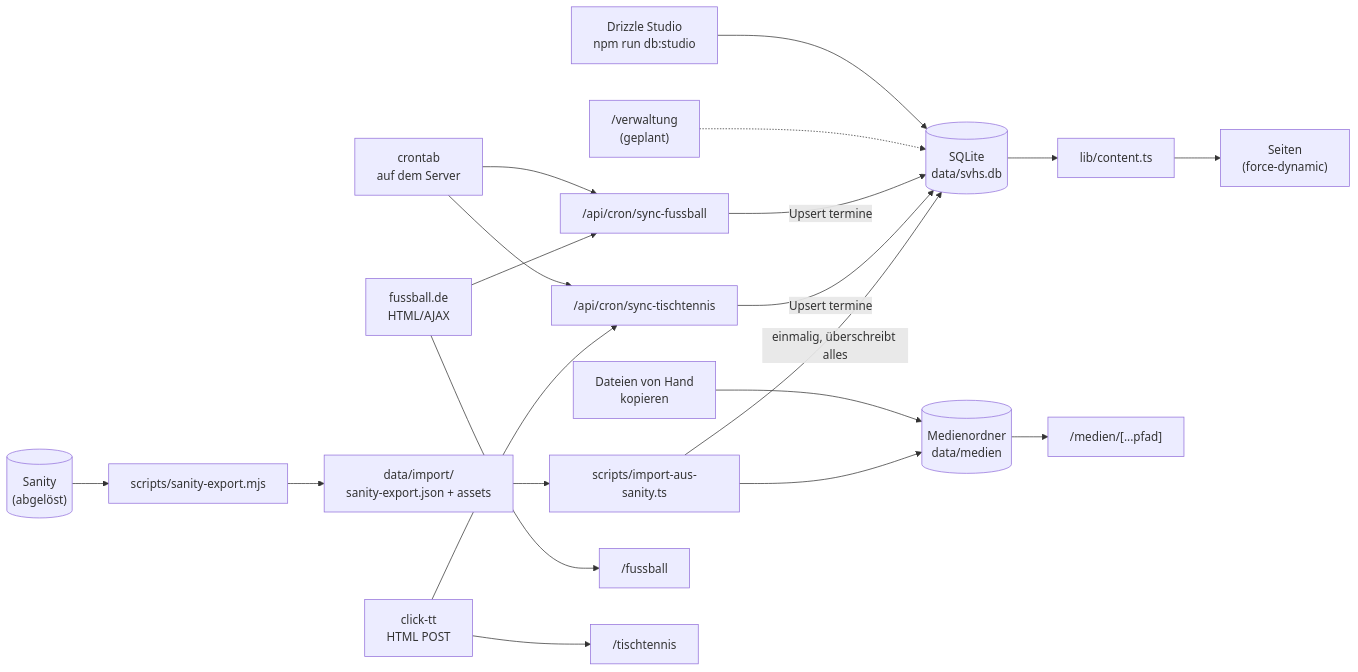
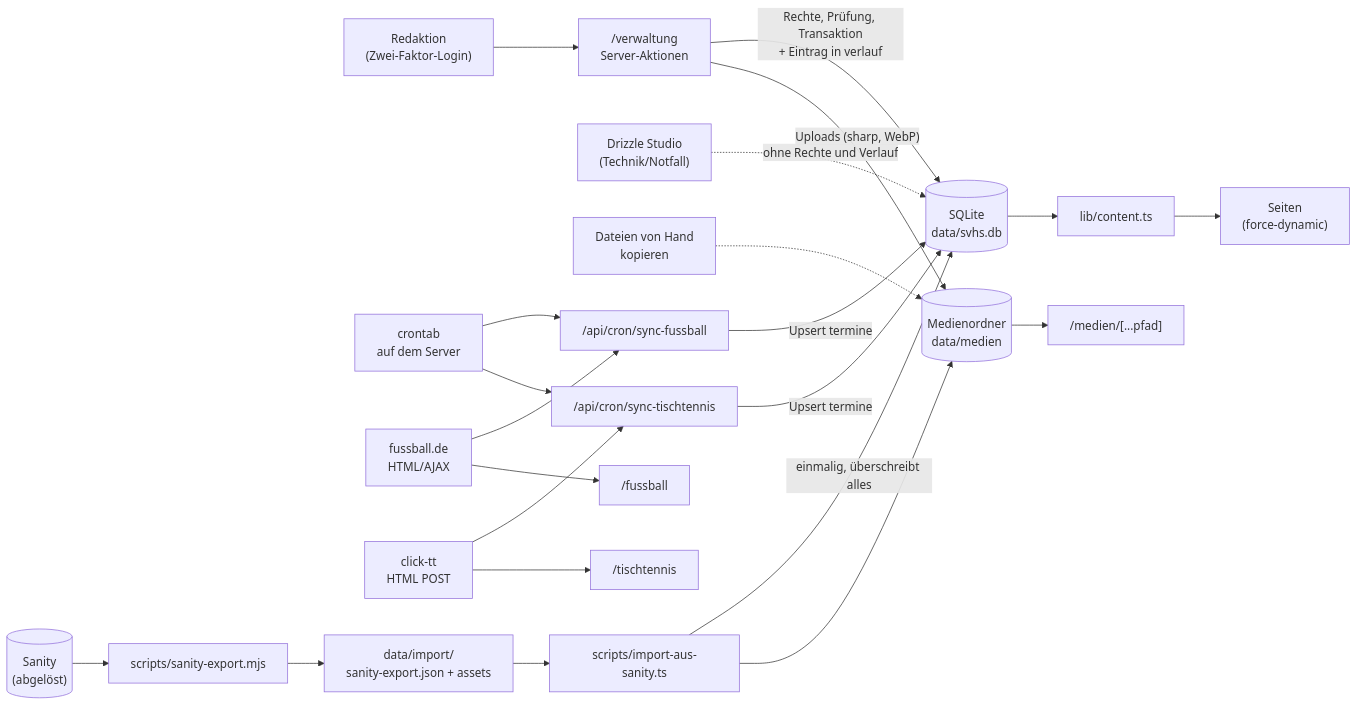
The first of 2 diagrams in CONTENT_FLOW.md (Jarinski/svhose), drawn with Mermaid before and after one commit. The commit also changed other lines of this file and 123 other files, not shown here.

First line of the commit message:
Add the /verwaltung admin area with two-factor login

````diff
--- a/CONTENT_FLOW.md
+++ b/CONTENT_FLOW.md
@@ -30,25 +30,27 @@
 ```mermaid
 flowchart LR
-  DS["Drizzle Studio<br/>npm run db:studio"] --> DB[("SQLite<br/>data/svhs.db")]
-  VW["/verwaltung<br/>(geplant)"] -.-> DB
-  HAND["Dateien von Hand<br/>kopieren"] --> MED[("Medienordner<br/>data/medien")]
+  RED["Redaktion<br/>(Zwei-Faktor-Login)"] --> VW["/verwaltung<br/>Server-Aktionen"]
+  VW -->|"Rechte, Prüfung, Transaktion<br/>+ Eintrag in verlauf"| DB[("SQLite<br/>data/svhs.db")]
+  VW -->|"Uploads (sharp, WebP)"| MED[("Medienordner<br/>data/medien")]
+  DS["Drizzle Studio<br/>(Technik/Notfall)"] -.->|"ohne Rechte und Verlauf"| DB
+  HAND["Dateien von Hand<br/>kopieren"] -.-> MED
 
   CRON["crontab<br/>auf dem Server"] --> CF["/api/cron/sync-fussball"]
   CRON --> CT["/api/cron/sync-tischtennis"]
   FD["fussball.de<br/>HTML/AJAX"] --> CF
   TT["click-tt<br/>HTML POST"] --> CT
   CF -->|"Upsert termine"| DB
   CT -->|"Upsert termine"| DB
 
   SAN[("Sanity<br/>(abgelöst)")] --> EX["scripts/sanity-export.mjs"]
   EX --> IMP["data/import/<br/>sanity-export.json + assets"]
   IMP --> IM["scripts/import-aus-sanity.ts"]
   IM -->|"einmalig, überschreibt alles"| DB
   IM --> MED
 
   DB --> CL["lib/content.ts"]
   CL --> P["Seiten<br/>(force-dynamic)"]
   MED --> MR["/medien/[...pfad]"]
   FD --> SP["/fussball"]
   TT --> SPT["/tischtennis"]
 ```
````
